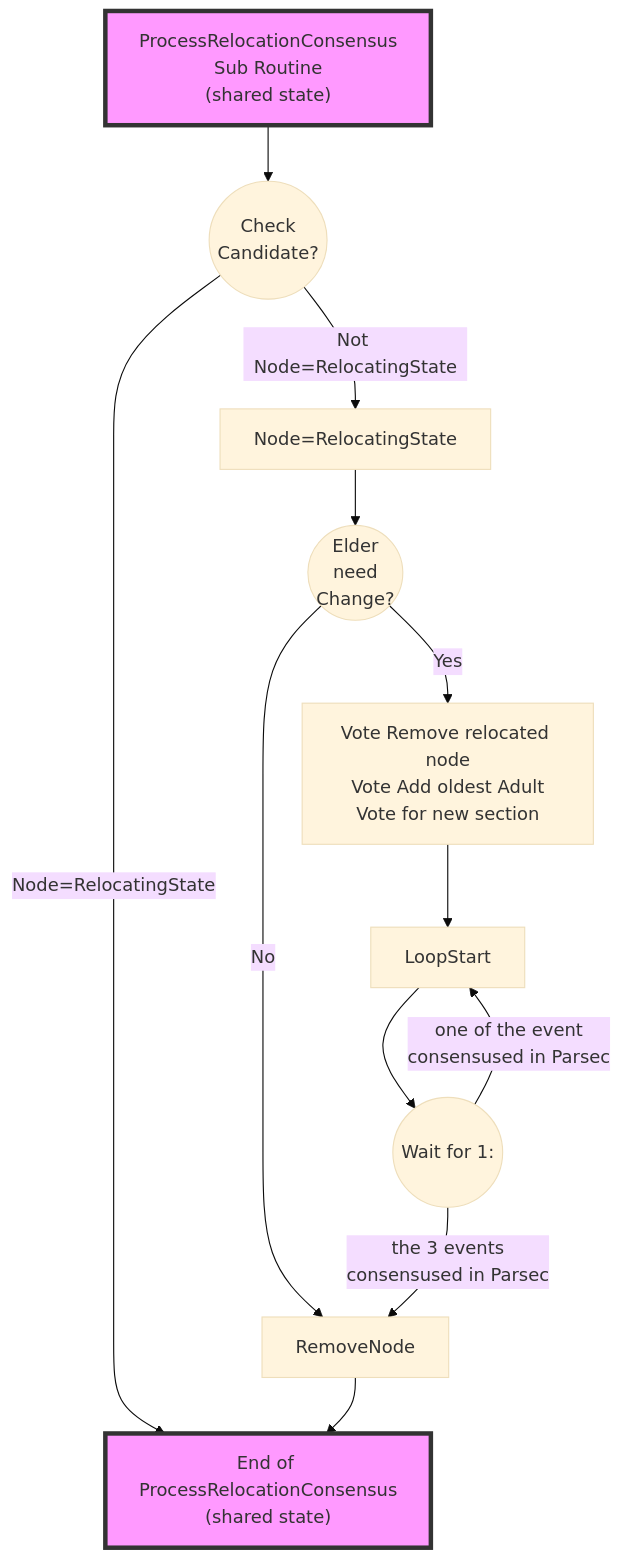
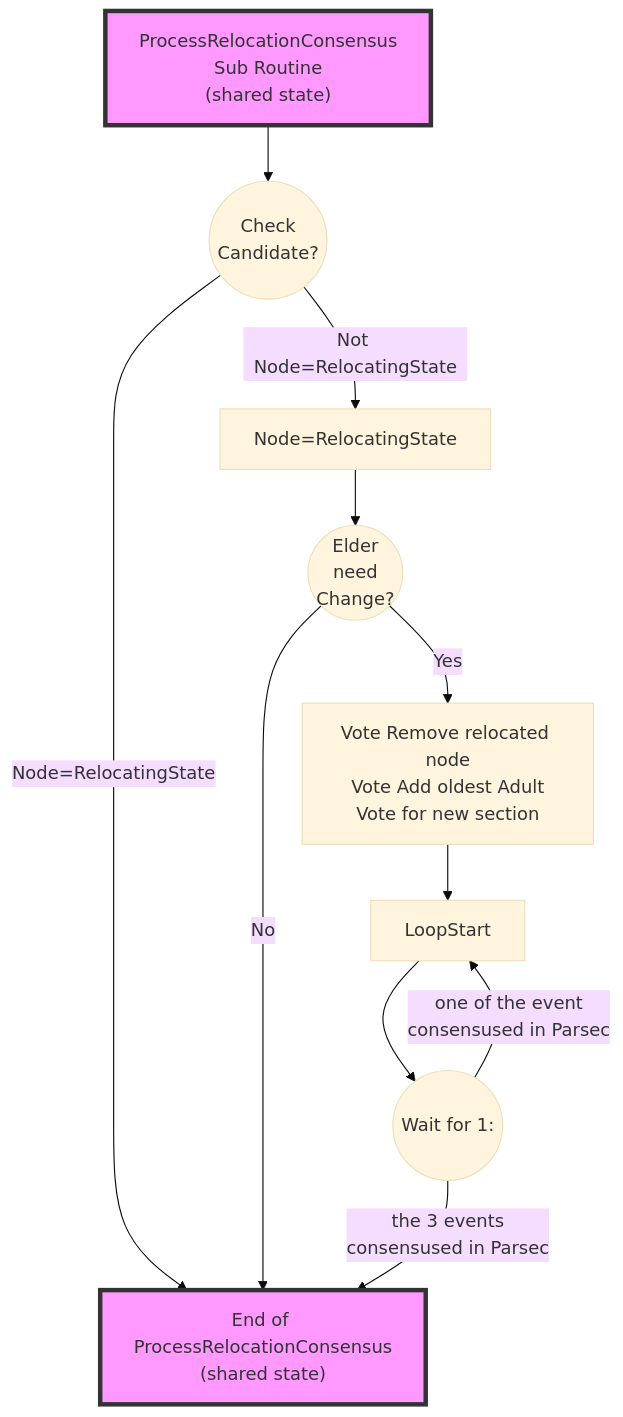
Before and after one commit to maidsafe/routing_model: the sixth of 6 diagrams in routing_model/flow.md, drawn with Mermaid (base theme). The commit also changed 2 other files, not shown here.

Commit message:
Add Src relocation model + convert action to a fake instead of mock.
Fix up flow diagram to only remove the node at the very end.
Add minimum testing for src.

Already we can see an issue with the flow diagram:
In the dst section, if Candidate Info RPC is received before we
consensus ExpectCandidate, we will discard it, if we are one of the
good node, bad node can reject the node by votting purge since we will
never receive CandidateInfo again.
  => We need to eliminate these race conditions

````diff
--- a/routing_model/flow.md
+++ b/routing_model/flow.md
@@ -272,27 +272,26 @@
 ```mermaid
 graph TB
     ProcessRelocationConsensus["ProcessRelocationConsensus<br/>Sub Routine<br/>(shared state)"]
     EndRoutine["End of ProcessRelocationConsensus<br/>(shared state)"]
     style ProcessRelocationConsensus fill:#f9f,stroke:#333,stroke-width:4px
     style EndRoutine fill:#f9f,stroke:#333,stroke-width:4px
 
     ProcessRelocationConsensus --> CheckCandidate
 
     CheckCandidate((Check<br/>Candidate?))
     CheckCandidate-- Node=RelocatingState --> EndRoutine
     CheckCandidate-- Not Node=RelocatingState --> MarkAsRelocating
 
     MarkAsRelocating["Node=RelocatingState"]
     CheckElderChange((Elder<br/>need<br/>Change?))
     VoteSwapNewElder["Vote Remove relocated node<br/>Vote Add oldest Adult<br/>Vote for new section"]
     WaitFor(("Wait for 1:"))
     MarkAsRelocating --> CheckElderChange
-    CheckElderChange -- No --> RemoveNode
+    CheckElderChange -- No --> EndRoutine
     CheckElderChange -- Yes --> VoteSwapNewElder
     VoteSwapNewElder --> LoopStart
     LoopStart --> WaitFor
 
     WaitFor--"one of the event<br/>consensused in Parsec"--> LoopStart
-    WaitFor--"the 3 events <br/>consensused in Parsec"-->RemoveNode
-    RemoveNode --> EndRoutine
+    WaitFor--"the 3 events <br/>consensused in Parsec"-->EndRoutine
 ```
````
